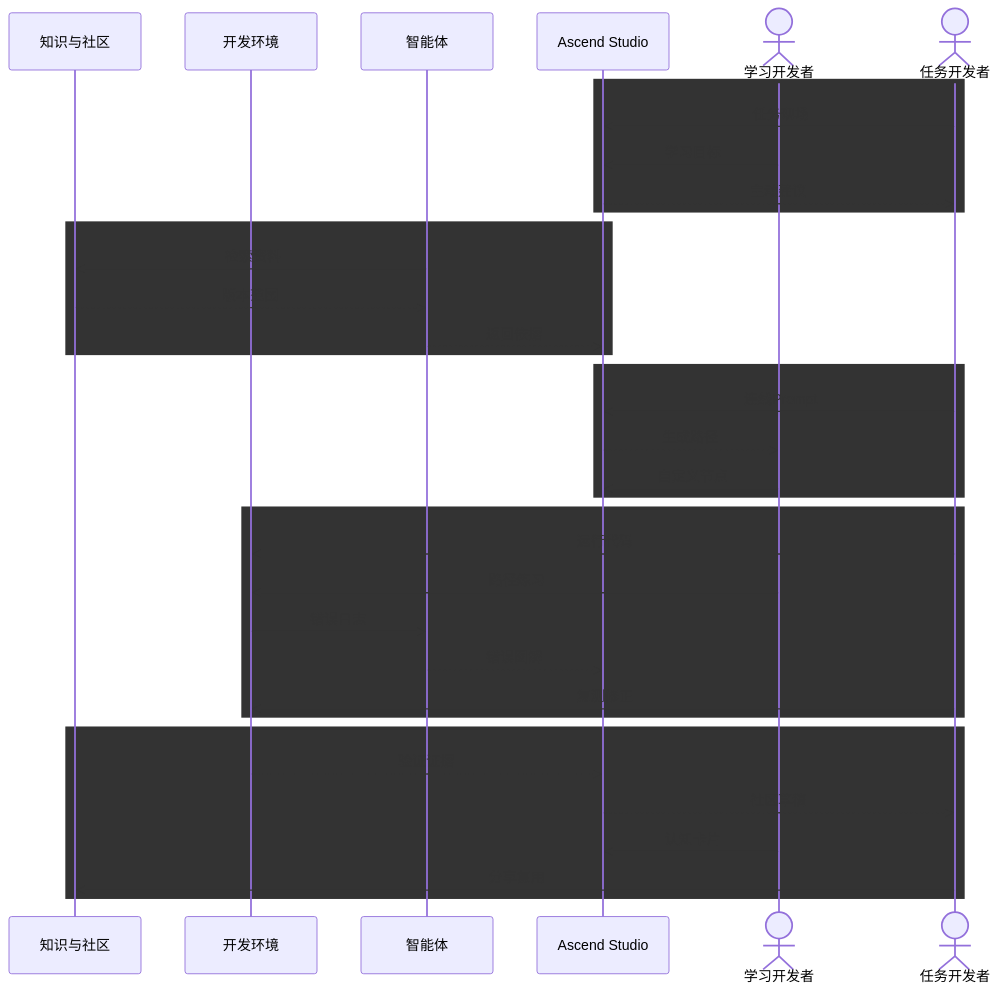
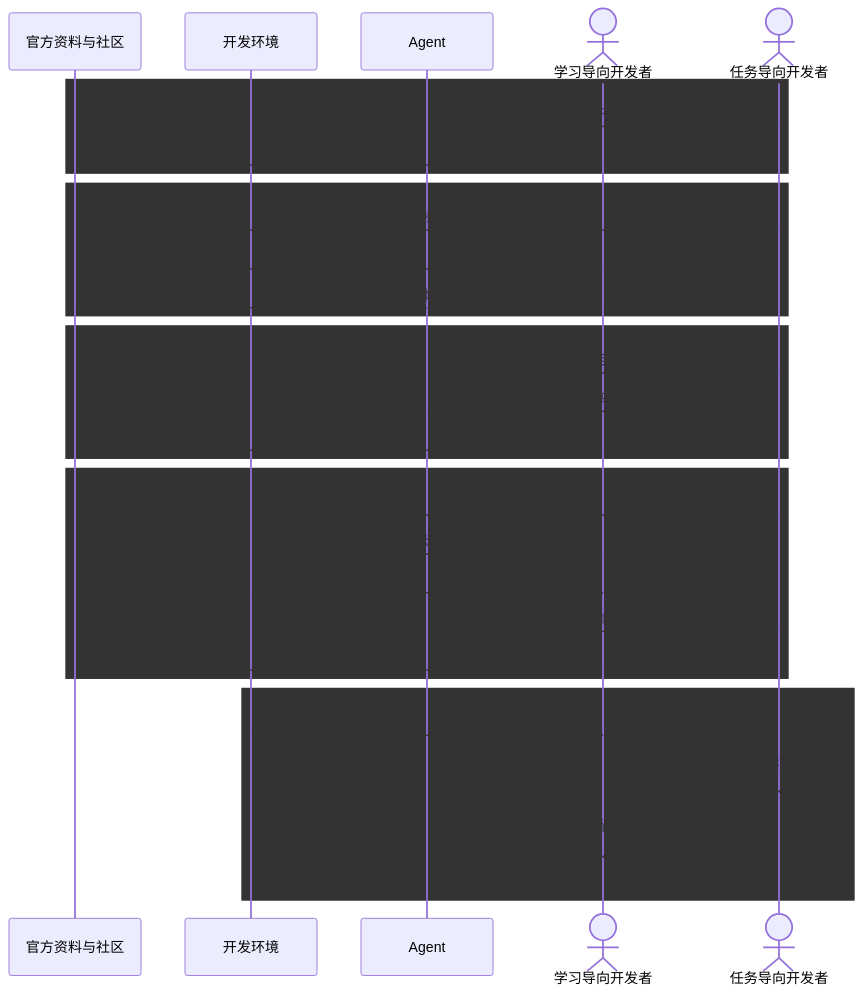
Before and after one commit to SchihHsin/AscendCANN: the diagram in cann-dashboard/ascend-studio-design-report-evidence/journey-sequence.mmd, drawn with Mermaid. The commit also changed 8 other files, not shown here.

Commit message:
design: enrich Ascend Studio user journey

```diff
--- a/cann-dashboard/ascend-studio-design-report-evidence/journey-sequence.mmd
+++ b/cann-dashboard/ascend-studio-design-report-evidence/journey-sequence.mmd
@@ -1,40 +1,37 @@
 sequenceDiagram
-    participant K as 知识与社区
+    participant K as 官方资料与社区
     participant E as 开发环境
-    participant A as 智能体
-    participant S as Ascend Studio
-    actor L as 学习开发者
-    actor T as 任务开发者
+    participant A as Agent
+    actor L as 学习导向开发者
+    actor T as 任务导向开发者
 
     rect 01 认知起步
-      T->>S: 任务现场
-      L->>S: 学习目标
-      S-->>T: 主动建议
+      T->>A: 描述开发问题
+      L->>K: 表达学习目标
     end
 
-    rect 02 找线索
-      A->>K: 检索资料
-      K-->>A: 版本范围
-      A-->>S: 返回依据
+    rect 02 查找与核对
+      T->>K: 搜索文档与社区
+      L->>K: 查找教程示例
+      K-->>T: 核对版本与环境
     end
 
     rect 03 形成方向
-      T->>S: 连线Prompt
-      S-->>L: 生成路径
-      L->>S: 自定义节点
+      T->>A: 补充项目上下文
+      A-->>T: 返回代码与步骤
+      L->>K: 自行安排学习顺序
     end
 
     rect 04 实践与理解
-      T->>E: 运行代码
-      L->>E: 路径练习
-      E->>A: 错误日志
-      A-->>S: 错误图解
-      T->>E: 复测修正
+      T->>E: 应用建议并运行
+      L->>E: 跟随示例练习
+      E-->>T: 返回日志与报错
+      T->>A: 贴日志继续追问
+      L->>K: 对照资料核验
     end
 
     rect 05 经验沉淀
-      E-->>S: 验证证据
-      S-->>T: 社区草稿
-      L->>S: 认知卡片
-      T->>K: 分享复用
+      E-->>T: 检查运行结果
+      T->>T: 修复记录留在本地
+      L->>L: 学习笔记留在个人处
     end
```
